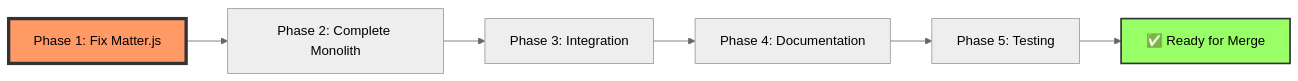
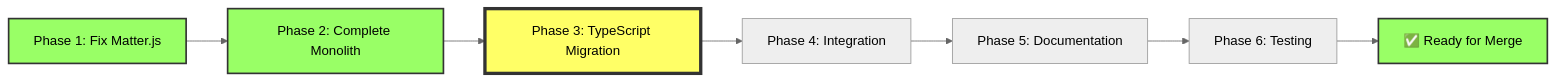
The first of 2 diagrams in .github/plans/PR-60-ddl-manifest-loader.md (arcade-cabinet/otterblade-odyssey), drawn with Mermaid (neutral theme) before and after one commit. The commit also changed other lines of this file and 3 other files, not shown here.

First line of the commit message:
Add TypeScript migration plan for PR #60

````diff
--- a/.github/plans/PR-60-ddl-manifest-loader.md
+++ b/.github/plans/PR-60-ddl-manifest-loader.md
@@ -15,11 +17,14 @@
 ```mermaid
 graph LR
     A[Phase 1: Fix Matter.js] --> B[Phase 2: Complete Monolith]
-    B --> C[Phase 3: Integration]
-    C --> D[Phase 4: Documentation]
-    D --> E[Phase 5: Testing]
-    E --> F[✅ Ready for Merge]
+    B --> C[Phase 3: TypeScript Migration]
+    C --> D[Phase 4: Integration]
+    D --> E[Phase 5: Documentation]
+    E --> F[Phase 6: Testing]
+    F --> G[✅ Ready for Merge]
     
-    style A fill:#f96,stroke:#333,stroke-width:4px
-    style F fill:#9f6,stroke:#333,stroke-width:2px
+    style A fill:#9f6,stroke:#333,stroke-width:2px
+    style B fill:#9f6,stroke:#333,stroke-width:2px
+    style C fill:#ff6,stroke:#333,stroke-width:4px
+    style G fill:#9f6,stroke:#333,stroke-width:2px
 ```
````
